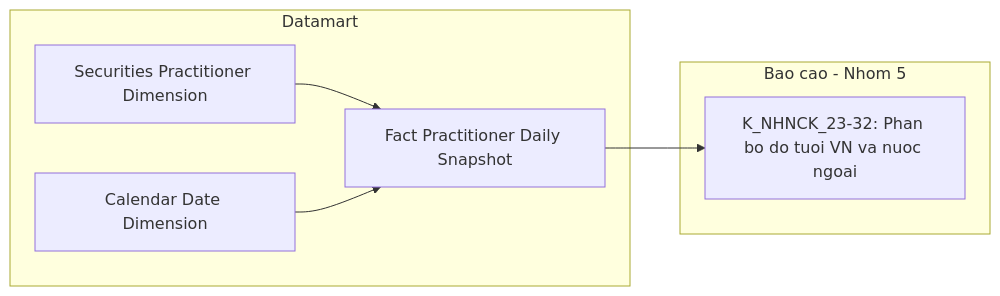
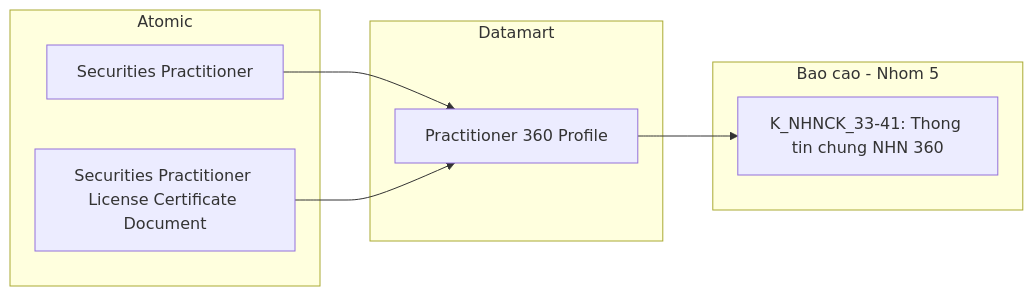
Before and after one commit to linhlvit/ubck_atomic_design: diagram 23 of 40 in Datamart/hld/DTM_NHNCK_HLD.md, drawn with Mermaid. The commit also changed other lines of this file and 25 other files, not shown here.

````diff
--- a/Datamart/hld/DTM_NHNCK_HLD.md
+++ b/Datamart/hld/DTM_NHNCK_HLD.md
@@ -691,14 +986,16 @@
 ```mermaid
 flowchart LR
+    subgraph SIL["Atomic"]
+        SV1["Securities Practitioner"]
+        SV2["Securities Practitioner License Certificate Document"]
+    end
     subgraph Datamart["Datamart"]
-        G1["Fact Practitioner Daily Snapshot"]
-        G2["Securities Practitioner Dimension"]
-        G3["Calendar Date Dimension"]
+        G1["Practitioner 360 Profile"]
     end
     subgraph RPT["Bao cao - Nhom 5"]
-        R1["K_NHNCK_23-32: Phan bo do tuoi VN va nuoc ngoai"]
+        R1["K_NHNCK_33-41: Thong tin chung NHN 360"]
     end
+    SV1 --> G1
+    SV2 --> G1
     G1 --> R1
-    G2 --> G1
-    G3 --> G1
 ```
````
